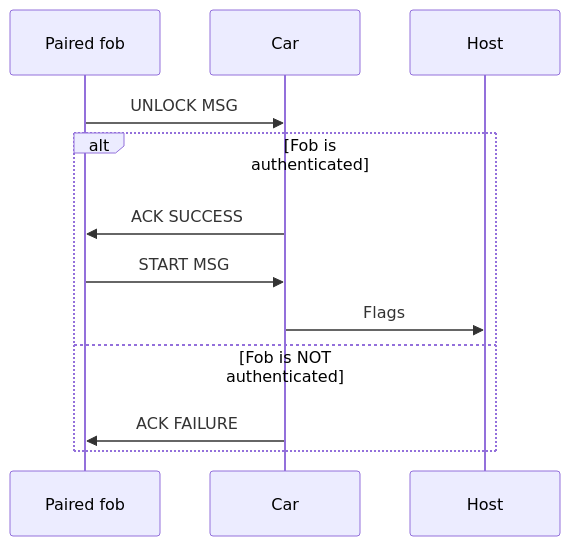
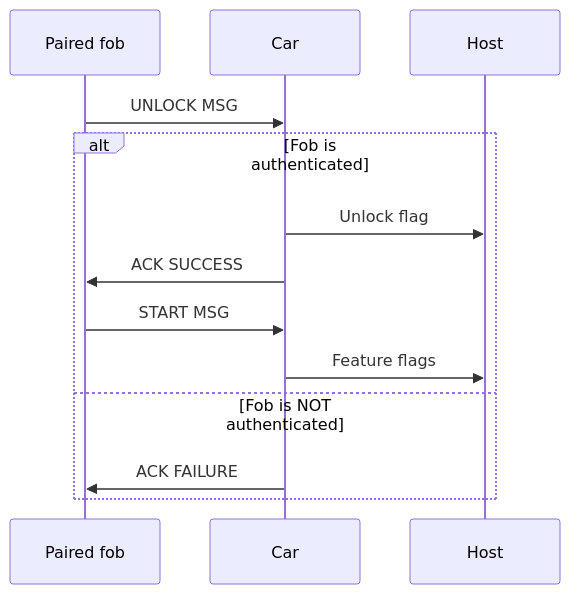
Before and after one commit to nathancharlesjones/howHardwareGetsHacked: the first of 3 diagrams in application/README.md, drawn with Mermaid. The commit also changed other lines of this file and 2 other files, not shown here.

````diff
--- a/application/README.md
+++ b/application/README.md
@@ -294,11 +265,12 @@
 ```mermaid
 sequenceDiagram
     Paired fob->>Car: UNLOCK MSG
     alt Fob is authenticated
+        Car->>Host: Unlock flag
         Car->>Paired fob: ACK SUCCESS
         Paired fob->>Car: START MSG
-        Car->>Host: Flags
+        Car->>Host: Feature flags
     else Fob is NOT authenticated
         Car->>Paired fob: ACK FAILURE
     end
 ```
````
